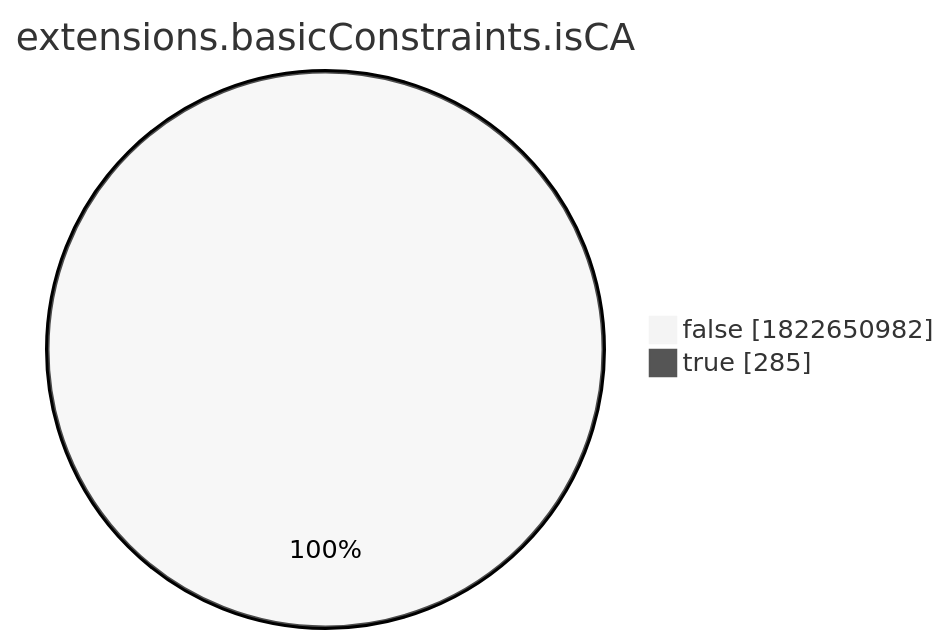
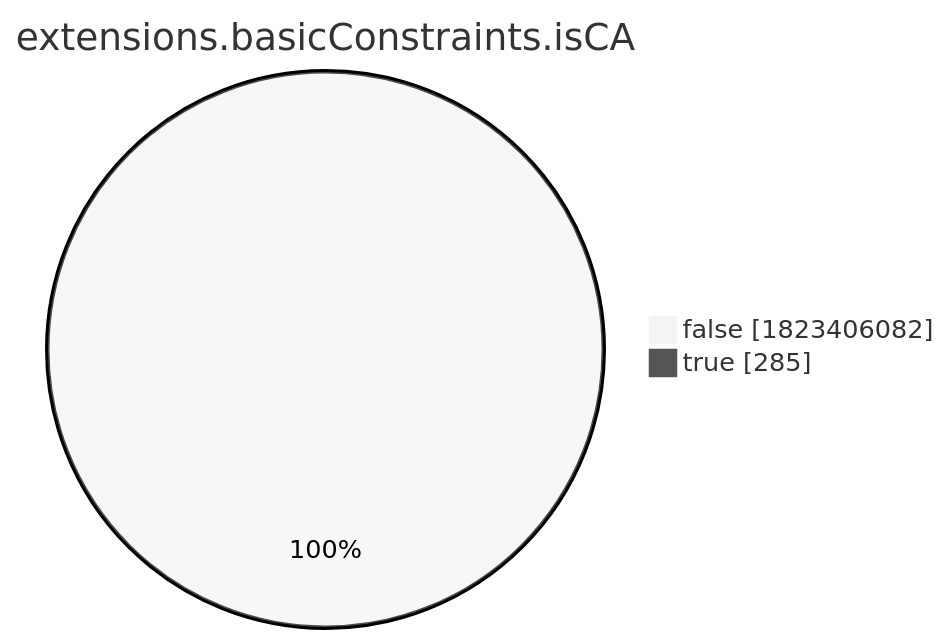
Before and after one commit to christiankrug/ctmonitor_visualization: the eighth of 15 diagrams in xenon2022/README.md, drawn with Mermaid (neutral theme). The commit also changed other lines of this file, not shown here.

````diff
--- a/xenon2022/README.md
+++ b/xenon2022/README.md
@@ -2868,6 +2868,6 @@
 ```mermaid
 pie showData
 title extensions.basicConstraints.isCA
-"false" :1822650982
+"false" :1823406082
 "true" :285
 ```
````
